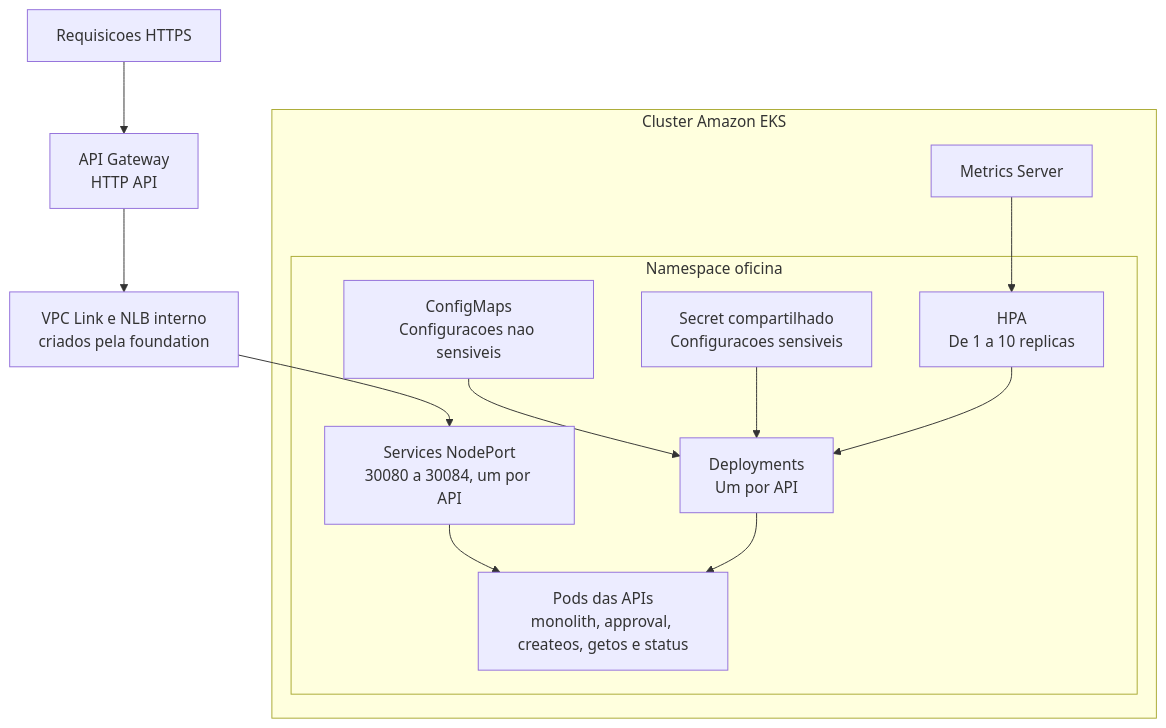
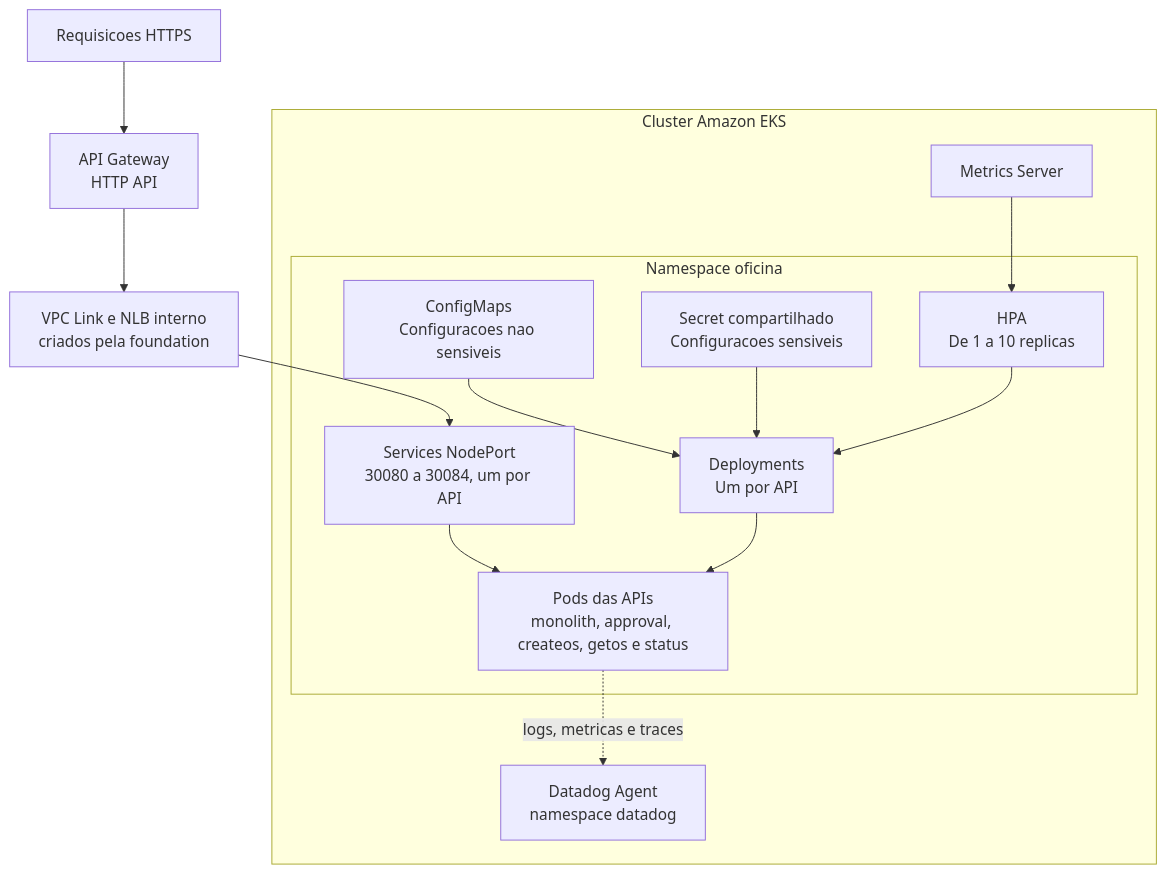
One commit to GuiToniello/tech-challenge-fase-3-K8S-soat16-rm374658 changed the diagram in k8s/README.md. Above: the diagram before and after it, drawn with Mermaid. The commit also changed other lines of this file and 39 other files, not shown here.

````diff
--- a/k8s/README.md
+++ b/k8s/README.md
@@ -34,20 +35,21 @@
 ```mermaid
 flowchart TD
   Request[Requisicoes HTTPS] --> Gateway[API Gateway\nHTTP API]
   Gateway --> NLB[VPC Link e NLB interno\ncriados pela foundation]
 
   subgraph EKS[Cluster Amazon EKS]
     subgraph Oficina[Namespace oficina]
       Services[Services NodePort\n30080 a 30084, um por API] --> Pods[Pods das APIs\nmonolith, approval, createos, getos e status]
       Deployments[Deployments\nUm por API] --> Pods
 
       ConfigMaps[ConfigMaps\nConfiguracoes nao sensiveis] --> Deployments
       Secret[Secret compartilhado\nConfiguracoes sensiveis] --> Deployments
       HPA[HPA\nDe 1 a 10 replicas] --> Deployments
     end
 
     Metrics[Metrics Server] --> HPA
+    Pods -.->|logs, metricas e traces| Agent[Datadog Agent\nnamespace datadog]
   end
 
   NLB --> Services
 ```
````
